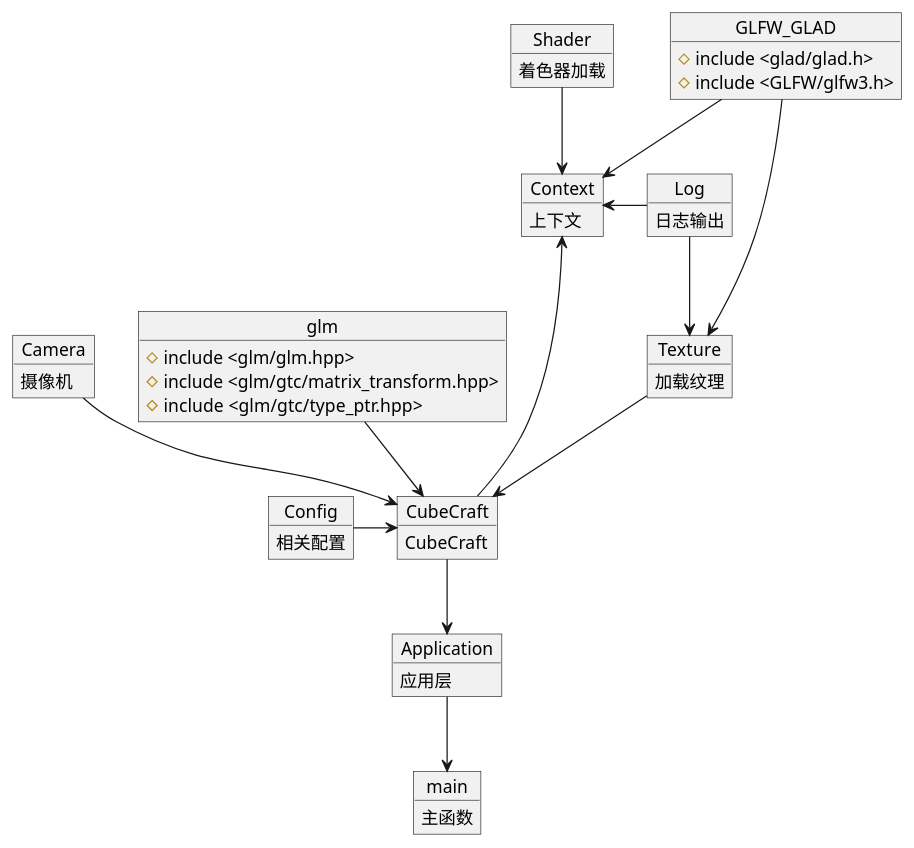
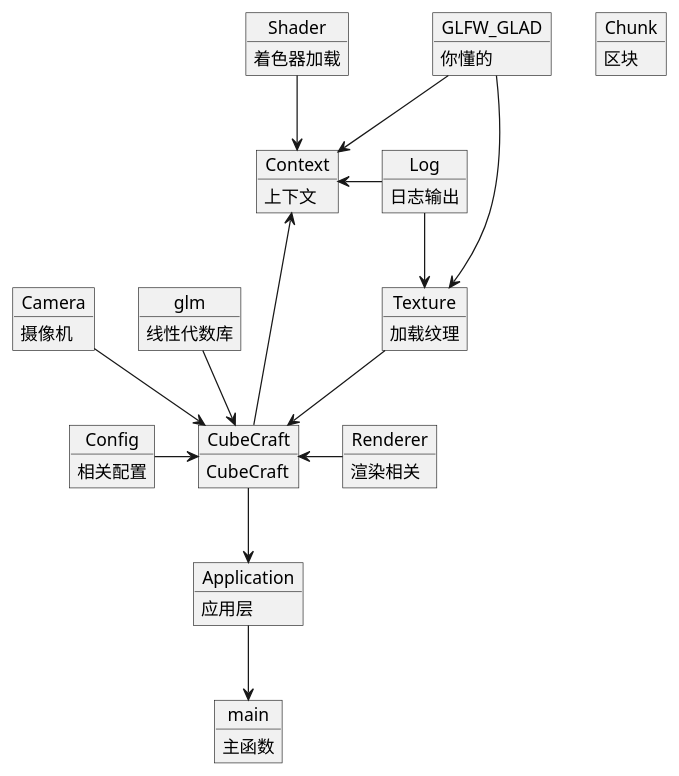
Before and after one commit to ChewyTube/CubeCraft-temp: the diagram in PlantUML/[real]headers.puml, drawn with PlantUML. The commit also changed 22 other files, not shown here.

```diff
--- a/PlantUML/[real]headers.puml
+++ b/PlantUML/[real]headers.puml
@@ -1,60 +1,65 @@
 @startuml headers 
 
 object main{
     主函数
 }
 object Application{
     应用层
 }
 object CubeCraft{
     CubeCraft
 }
 object Context{
     上下文
 }
 
 object Camera{
     摄像机
 }
 object Shader{
     着色器加载
 }
 
 object Log{
     日志输出
 }
 object Config{
     相关配置
 }
 
 object glm{
-    #include <glm/glm.hpp>
-    #include <glm/gtc/matrix_transform.hpp>
-    #include <glm/gtc/type_ptr.hpp>
+    线性代数库
 }
 object GLFW_GLAD{
-    #include <glad/glad.h>
-    #include <GLFW/glfw3.h> 
+    你懂的
 }
 
 object Texture{
     加载纹理
+}
+
+object Renderer{
+    渲染相关
+}
+object Chunk{
+    区块
 }
 
 Application --> main
 CubeCraft --> Application
 
 Camera --> CubeCraft
 glm --> CubeCraft
 Config -> CubeCraft
 Texture --> CubeCraft
+Renderer -left-> CubeCraft
 
 GLFW_GLAD --> Context
 Shader --> Context
 Log -left-> Context
 CubeCraft --> Context
 
 GLFW_GLAD --> Texture
 Log --> Texture
 
 @enduml
```
